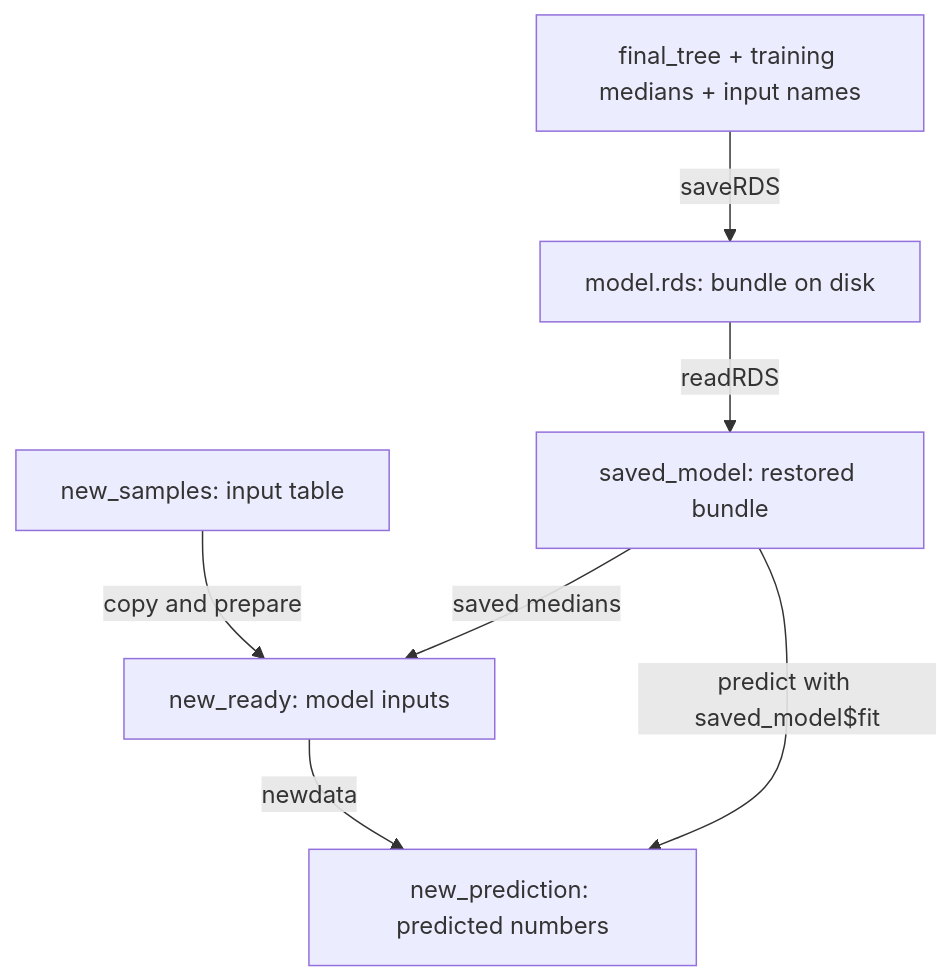
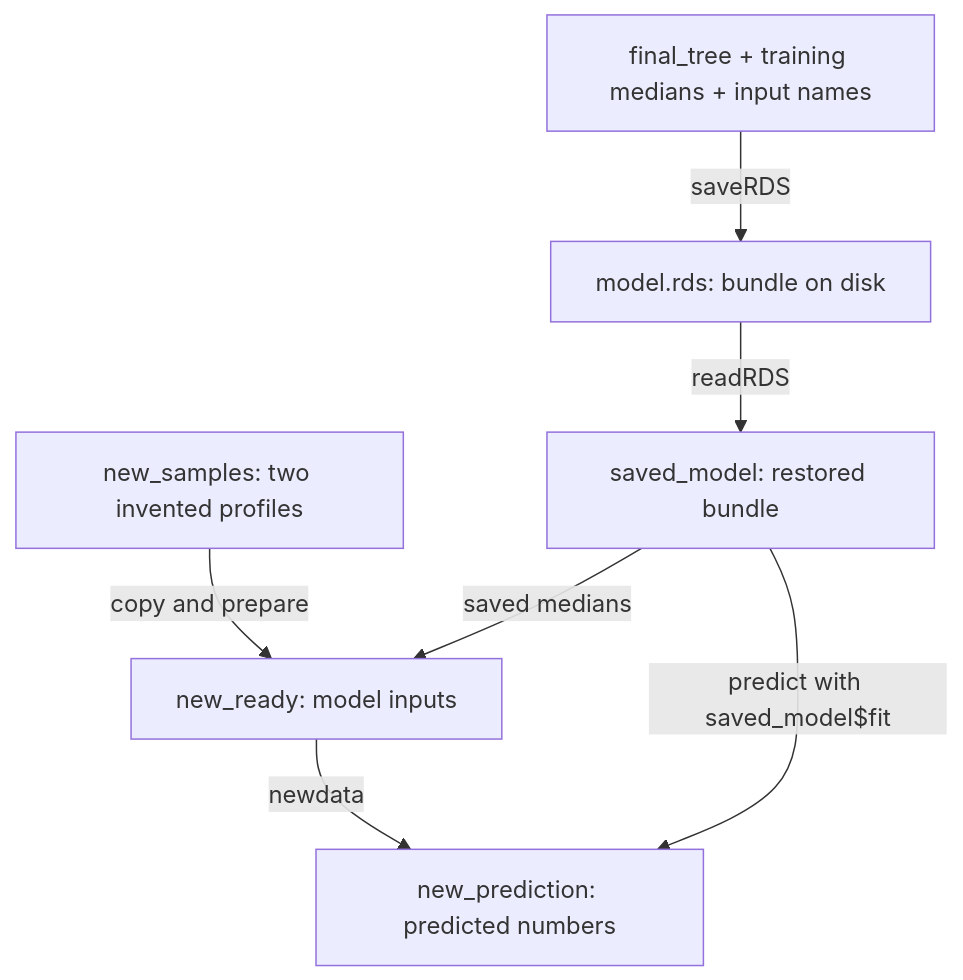
One commit to nedchen2/MicrobialML changed the diagram in authoring/10-test-tree.md. Above: the diagram before and after it, drawn with Mermaid. The commit also changed other lines of this file and 31 other files, not shown here.

````diff
--- a/authoring/10-test-tree.md
+++ b/authoring/10-test-tree.md
@@ -89,11 +89,11 @@
 ```mermaid
 flowchart TB
     accTitle: Save Reload And Apply The Rule
-    accDescr: The fitted tree, training medians and input names are saved together in model.rds. Reading that file creates saved_model; its medians prepare new_samples as new_ready, and its fitted rule makes new_prediction without training again.
+    accDescr: The fitted tree, training medians and input names are saved together in model.rds. Reading that file creates saved_model. Its medians prepare two invented profiles as new_ready, and its fitted rule makes new_prediction.
     fitted_parts["final_tree + training medians + input names"] -->|saveRDS| model_file["model.rds: bundle on disk"]
     model_file -->|readRDS| loaded_bundle["saved_model: restored bundle"]
-    new_inputs["new_samples: input table"] -->|copy and prepare| ready_inputs["new_ready: model inputs"]
+    new_inputs["new_samples: two invented profiles"] -->|copy and prepare| ready_inputs["new_ready: model inputs"]
     loaded_bundle -->|saved medians| ready_inputs
     ready_inputs -->|newdata| new_predictions["new_prediction: predicted numbers"]
     loaded_bundle -->|predict with saved_model$fit| new_predictions
 ```
````
